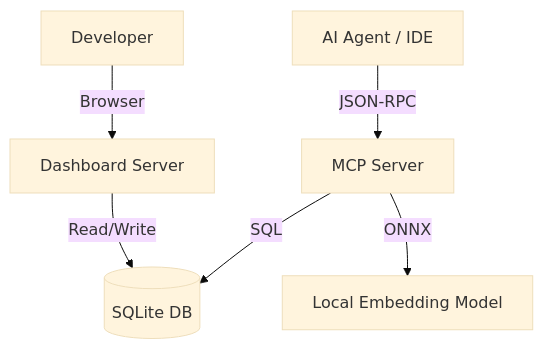
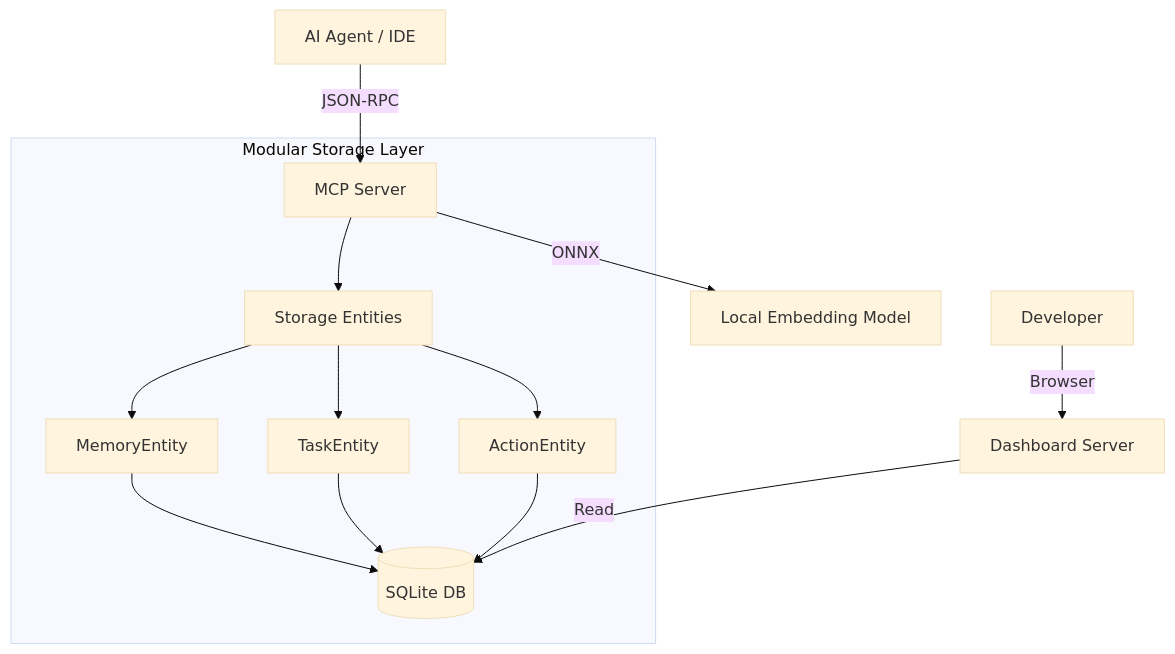
The diagram in .agents/documents/design/architecture/architecture.md (vheins/local-memory-mcp), drawn with Mermaid (base theme) before and after one commit. The commit also changed other lines of this file and 5 other files, not shown here.

Commit message:
docs: update architecture and implementation documentation to reflect modular storage entity refactor

````diff
--- a/.agents/documents/design/architecture/architecture.md
+++ b/.agents/documents/design/architecture/architecture.md
@@ -33,9 +33,20 @@
 ```mermaid
 graph TD
     Agent[AI Agent / IDE] -- JSON-RPC --> MCPServer[MCP Server]
-    MCPServer -- SQL --> SQLite[(SQLite DB)]
+    
+    subgraph StorageLayer [Modular Storage Layer]
+        MCPServer --> Entities[Storage Entities]
+        Entities --> MemoryEnt[MemoryEntity]
+        Entities --> TaskEnt[TaskEntity]
+        Entities --> ActionEnt[ActionEntity]
+        
+        MemoryEnt --> SQLite[(SQLite DB)]
+        TaskEnt --> SQLite
+        ActionEnt --> SQLite
+    end
+    
     MCPServer -- ONNX --> Model[Local Embedding Model]
     
-    DashboardServer[Dashboard Server] -- Read/Write --> SQLite
+    DashboardServer[Dashboard Server] -- Read --> SQLite
     User[Developer] -- Browser --> DashboardServer
 ```
````
